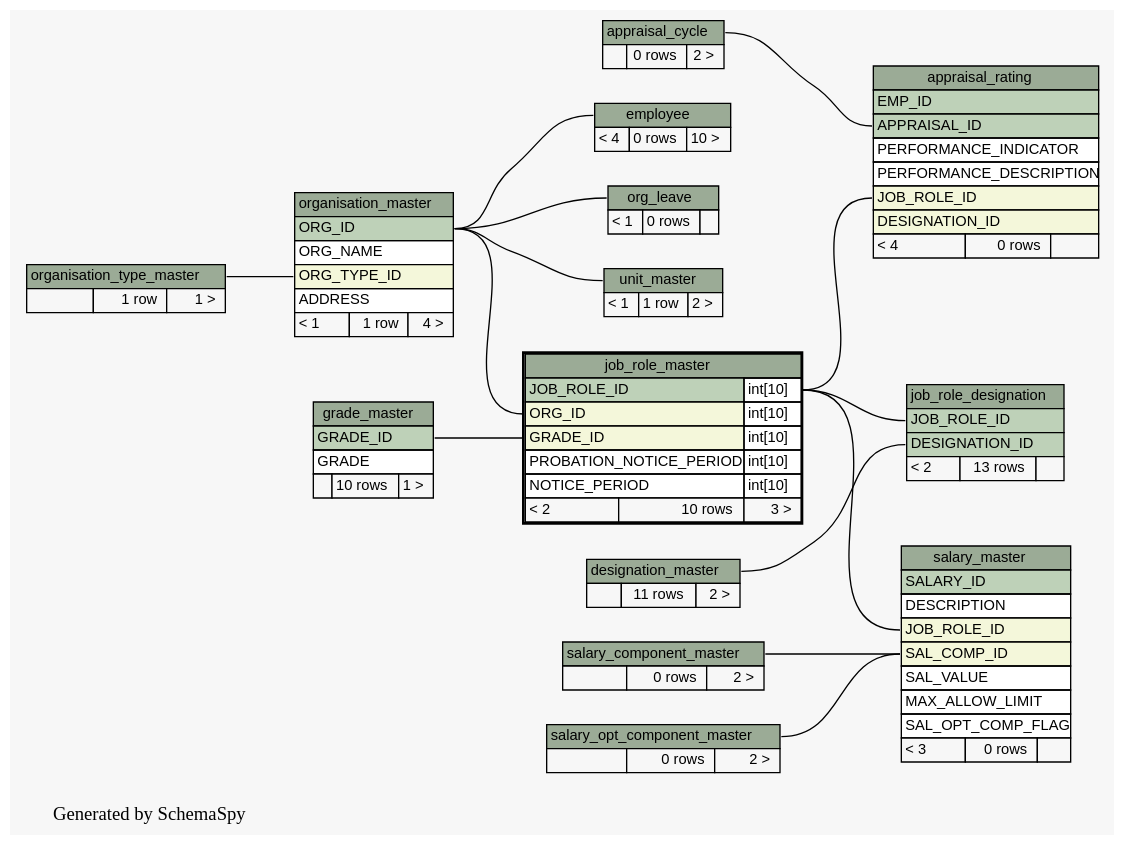
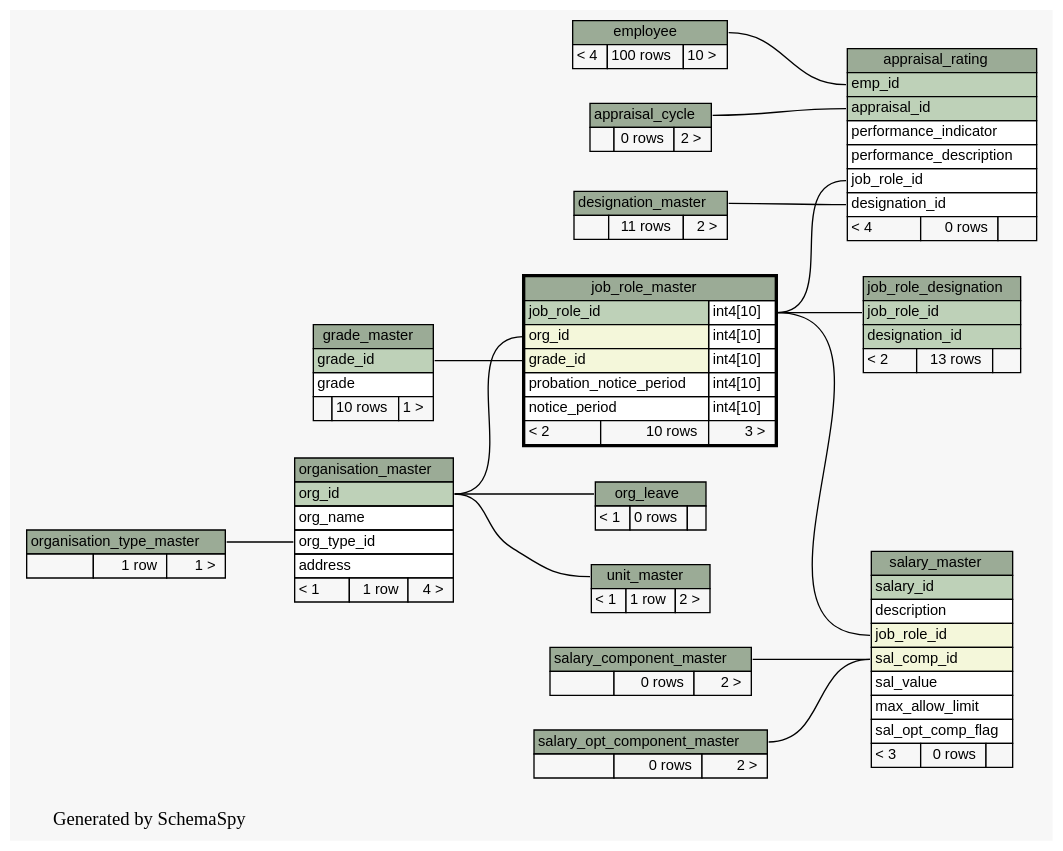
The diagram in docs/database/schemaspy/graphs/job_role_master.2degrees.dot (engineerscraft/hrms), drawn with Graphviz before and after one commit. The commit also changed 214 other files, not shown here.

```diff
--- a/docs/database/schemaspy/graphs/job_role_master.2degrees.dot
+++ b/docs/database/schemaspy/graphs/job_role_master.2degrees.dot
@@ -14,19 +14,19 @@
   edge [
     arrowsize="0.8"
   ];
-  "appraisal_rating":"APPRAISAL_ID":w -> "appraisal_cycle":"appraisal_cycle.heading":e [arrowtail=crowtee arrowhead=none];
-  "appraisal_rating":"JOB_ROLE_ID":w -> "job_role_master":"JOB_ROLE_ID.type":e [arrowtail=crowodot arrowhead=none];
-  "employee":"employee.heading":w -> "organisation_master":"ORG_ID":e [arrowtail=crowodot arrowhead=none];
-  "job_role_designation":"DESIGNATION_ID":w -> "designation_master":"designation_master.heading":e [arrowtail=crowtee arrowhead=none];
-  "job_role_designation":"JOB_ROLE_ID":w -> "job_role_master":"JOB_ROLE_ID.type":e [arrowtail=crowtee arrowhead=none];
-  "job_role_master":"GRADE_ID":w -> "grade_master":"GRADE_ID":e [arrowtail=crowtee arrowhead=none];
-  "job_role_master":"ORG_ID":w -> "organisation_master":"ORG_ID":e [arrowtail=crowtee arrowhead=none];
-  "org_leave":"org_leave.heading":w -> "organisation_master":"ORG_ID":e [arrowtail=crowodot arrowhead=none];
-  "organisation_master":"ORG_TYPE_ID":w -> "organisation_type_master":"organisation_type_master.heading":e [arrowtail=crowodot arrowhead=none];
-  "salary_master":"JOB_ROLE_ID":w -> "job_role_master":"JOB_ROLE_ID.type":e [arrowtail=crowtee arrowhead=none];
-  "salary_master":"SAL_COMP_ID":w -> "salary_component_master":"salary_component_master.heading":e [arrowtail=crowtee arrowhead=none];
-  "salary_master":"SAL_COMP_ID":w -> "salary_opt_component_master":"salary_opt_component_master.heading":e [arrowtail=crowtee arrowhead=none];
-  "unit_master":"unit_master.heading":w -> "organisation_master":"ORG_ID":e [arrowtail=crowodot arrowhead=none];
+  "appraisal_rating":"appraisal_id":w -> "appraisal_cycle":"appraisal_cycle.heading":e [arrowtail=crowtee arrowhead=none];
+  "appraisal_rating":"designation_id":w -> "designation_master":"designation_master.heading":e [arrowtail=crowodot arrowhead=none];
+  "appraisal_rating":"emp_id":w -> "employee":"employee.heading":e [arrowtail=crowtee arrowhead=none];
+  "appraisal_rating":"job_role_id":w -> "job_role_master":"job_role_id.type":e [arrowtail=crowodot arrowhead=none];
+  "job_role_designation":"job_role_id":w -> "job_role_master":"job_role_id.type":e [arrowtail=crowtee arrowhead=none];
+  "job_role_master":"grade_id":w -> "grade_master":"grade_id":e [arrowtail=crowtee arrowhead=none];
+  "job_role_master":"org_id":w -> "organisation_master":"org_id":e [arrowtail=crowtee arrowhead=none];
+  "org_leave":"org_leave.heading":w -> "organisation_master":"org_id":e [arrowtail=crowodot arrowhead=none];
+  "organisation_master":"org_type_id":w -> "organisation_type_master":"organisation_type_master.heading":e [arrowtail=crowodot arrowhead=none];
+  "salary_master":"job_role_id":w -> "job_role_master":"job_role_id.type":e [arrowtail=crowtee arrowhead=none];
+  "salary_master":"sal_comp_id":w -> "salary_component_master":"salary_component_master.heading":e [arrowtail=crowtee arrowhead=none];
+  "salary_master":"sal_comp_id":w -> "salary_opt_component_master":"salary_opt_component_master.heading":e [arrowtail=crowtee arrowhead=none];
+  "unit_master":"unit_master.heading":w -> "organisation_master":"org_id":e [arrowtail=crowodot arrowhead=none];
   "appraisal_cycle" [
     label=<
     <TABLE BORDER="0" CELLBORDER="1" CELLSPACING="0" BGCOLOR="#ffffff">
@@ -40,12 +40,12 @@
     label=<
     <TABLE BORDER="0" CELLBORDER="1" CELLSPACING="0" BGCOLOR="#ffffff">
       <TR><TD PORT="appraisal_rating.heading" COLSPAN="3" BGCOLOR="#9bab96" ALIGN="CENTER">appraisal_rating</TD></TR>
-      <TR><TD PORT="EMP_ID" COLSPAN="3" BGCOLOR="#bed1b8" ALIGN="LEFT">EMP_ID</TD></TR>
-      <TR><TD PORT="APPRAISAL_ID" COLSPAN="3" BGCOLOR="#bed1b8" ALIGN="LEFT">APPRAISAL_ID</TD></TR>
-      <TR><TD PORT="PERFORMANCE_INDICATOR" COLSPAN="3" ALIGN="LEFT">PERFORMANCE_INDICATOR</TD></TR>
-      <TR><TD PORT="PERFORMANCE_DESCRIPTION" COLSPAN="3" ALIGN="LEFT">PERFORMANCE_DESCRIPTION</TD></TR>
-      <TR><TD PORT="JOB_ROLE_ID" COLSPAN="3" BGCOLOR="#f4f7da" ALIGN="LEFT">JOB_ROLE_ID</TD></TR>
-      <TR><TD PORT="DESIGNATION_ID" COLSPAN="3" BGCOLOR="#f4f7da" ALIGN="LEFT">DESIGNATION_ID</TD></TR>
+      <TR><TD PORT="emp_id" COLSPAN="3" BGCOLOR="#bed1b8" ALIGN="LEFT">emp_id</TD></TR>
+      <TR><TD PORT="appraisal_id" COLSPAN="3" BGCOLOR="#bed1b8" ALIGN="LEFT">appraisal_id</TD></TR>
+      <TR><TD PORT="performance_indicator" COLSPAN="3" ALIGN="LEFT">performance_indicator</TD></TR>
+      <TR><TD PORT="performance_description" COLSPAN="3" ALIGN="LEFT">performance_description</TD></TR>
+      <TR><TD PORT="job_role_id" COLSPAN="3" ALIGN="LEFT">job_role_id</TD></TR>
+      <TR><TD PORT="designation_id" COLSPAN="3" ALIGN="LEFT">designation_id</TD></TR>
       <TR><TD ALIGN="LEFT" BGCOLOR="#f7f7f7">&lt; 4</TD><TD ALIGN="RIGHT" BGCOLOR="#f7f7f7">0 rows</TD><TD ALIGN="RIGHT" BGCOLOR="#f7f7f7">  </TD></TR>
     </TABLE>>
     URL="appraisal_rating.html#graph"
@@ -64,7 +64,7 @@
     label=<
     <TABLE BORDER="0" CELLBORDER="1" CELLSPACING="0" BGCOLOR="#ffffff">
       <TR><TD PORT="employee.heading" COLSPAN="3" BGCOLOR="#9bab96" ALIGN="CENTER">employee</TD></TR>
-      <TR><TD ALIGN="LEFT" BGCOLOR="#f7f7f7">&lt; 4</TD><TD ALIGN="RIGHT" BGCOLOR="#f7f7f7">0 rows</TD><TD ALIGN="RIGHT" BGCOLOR="#f7f7f7">10 &gt;</TD></TR>
+      <TR><TD ALIGN="LEFT" BGCOLOR="#f7f7f7">&lt; 4</TD><TD ALIGN="RIGHT" BGCOLOR="#f7f7f7">100 rows</TD><TD ALIGN="RIGHT" BGCOLOR="#f7f7f7">10 &gt;</TD></TR>
     </TABLE>>
     URL="employee.html#graph"
     tooltip="employee"
@@ -73,8 +73,8 @@
     label=<
     <TABLE BORDER="0" CELLBORDER="1" CELLSPACING="0" BGCOLOR="#ffffff">
       <TR><TD PORT="grade_master.heading" COLSPAN="3" BGCOLOR="#9bab96" ALIGN="CENTER">grade_master</TD></TR>
-      <TR><TD PORT="GRADE_ID" COLSPAN="3" BGCOLOR="#bed1b8" ALIGN="LEFT">GRADE_ID</TD></TR>
-      <TR><TD PORT="GRADE" COLSPAN="3" ALIGN="LEFT">GRADE</TD></TR>
+      <TR><TD PORT="grade_id" COLSPAN="3" BGCOLOR="#bed1b8" ALIGN="LEFT">grade_id</TD></TR>
+      <TR><TD PORT="grade" COLSPAN="3" ALIGN="LEFT">grade</TD></TR>
       <TR><TD ALIGN="LEFT" BGCOLOR="#f7f7f7">  </TD><TD ALIGN="RIGHT" BGCOLOR="#f7f7f7">10 rows</TD><TD ALIGN="RIGHT" BGCOLOR="#f7f7f7">1 &gt;</TD></TR>
     </TABLE>>
     URL="grade_master.html#graph"
@@ -84,8 +84,8 @@
     label=<
     <TABLE BORDER="0" CELLBORDER="1" CELLSPACING="0" BGCOLOR="#ffffff">
       <TR><TD PORT="job_role_designation.heading" COLSPAN="3" BGCOLOR="#9bab96" ALIGN="CENTER">job_role_designation</TD></TR>
-      <TR><TD PORT="JOB_ROLE_ID" COLSPAN="3" BGCOLOR="#bed1b8" ALIGN="LEFT">JOB_ROLE_ID</TD></TR>
-      <TR><TD PORT="DESIGNATION_ID" COLSPAN="3" BGCOLOR="#bed1b8" ALIGN="LEFT">DESIGNATION_ID</TD></TR>
+      <TR><TD PORT="job_role_id" COLSPAN="3" BGCOLOR="#bed1b8" ALIGN="LEFT">job_role_id</TD></TR>
+      <TR><TD PORT="designation_id" COLSPAN="3" BGCOLOR="#bed1b8" ALIGN="LEFT">designation_id</TD></TR>
       <TR><TD ALIGN="LEFT" BGCOLOR="#f7f7f7">&lt; 2</TD><TD ALIGN="RIGHT" BGCOLOR="#f7f7f7">13 rows</TD><TD ALIGN="RIGHT" BGCOLOR="#f7f7f7">  </TD></TR>
     </TABLE>>
     URL="job_role_designation.html#graph"
@@ -95,11 +95,11 @@
     label=<
     <TABLE BORDER="2" CELLBORDER="1" CELLSPACING="0" BGCOLOR="#ffffff">
       <TR><TD PORT="job_role_master.heading" COLSPAN="3" BGCOLOR="#9bab96" ALIGN="CENTER">job_role_master</TD></TR>
-      <TR><TD PORT="JOB_ROLE_ID" COLSPAN="2" BGCOLOR="#bed1b8" ALIGN="LEFT">JOB_ROLE_ID</TD><TD PORT="JOB_ROLE_ID.type" ALIGN="LEFT">int[10]</TD></TR>
-      <TR><TD PORT="ORG_ID" COLSPAN="2" BGCOLOR="#f4f7da" ALIGN="LEFT">ORG_ID</TD><TD PORT="ORG_ID.type" ALIGN="LEFT">int[10]</TD></TR>
-      <TR><TD PORT="GRADE_ID" COLSPAN="2" BGCOLOR="#f4f7da" ALIGN="LEFT">GRADE_ID</TD><TD PORT="GRADE_ID.type" ALIGN="LEFT">int[10]</TD></TR>
-      <TR><TD PORT="PROBATION_NOTICE_PERIOD" COLSPAN="2" ALIGN="LEFT">PROBATION_NOTICE_PERIOD</TD><TD PORT="PROBATION_NOTICE_PERIOD.type" ALIGN="LEFT">int[10]</TD></TR>
-      <TR><TD PORT="NOTICE_PERIOD" COLSPAN="2" ALIGN="LEFT">NOTICE_PERIOD</TD><TD PORT="NOTICE_PERIOD.type" ALIGN="LEFT">int[10]</TD></TR>
+      <TR><TD PORT="job_role_id" COLSPAN="2" BGCOLOR="#bed1b8" ALIGN="LEFT">job_role_id</TD><TD PORT="job_role_id.type" ALIGN="LEFT">int4[10]</TD></TR>
+      <TR><TD PORT="org_id" COLSPAN="2" BGCOLOR="#f4f7da" ALIGN="LEFT">org_id</TD><TD PORT="org_id.type" ALIGN="LEFT">int4[10]</TD></TR>
+      <TR><TD PORT="grade_id" COLSPAN="2" BGCOLOR="#f4f7da" ALIGN="LEFT">grade_id</TD><TD PORT="grade_id.type" ALIGN="LEFT">int4[10]</TD></TR>
+      <TR><TD PORT="probation_notice_period" COLSPAN="2" ALIGN="LEFT">probation_notice_period</TD><TD PORT="probation_notice_period.type" ALIGN="LEFT">int4[10]</TD></TR>
+      <TR><TD PORT="notice_period" COLSPAN="2" ALIGN="LEFT">notice_period</TD><TD PORT="notice_period.type" ALIGN="LEFT">int4[10]</TD></TR>
       <TR><TD ALIGN="LEFT" BGCOLOR="#f7f7f7">&lt; 2</TD><TD ALIGN="RIGHT" BGCOLOR="#f7f7f7">10 rows</TD><TD ALIGN="RIGHT" BGCOLOR="#f7f7f7">3 &gt;</TD></TR>
     </TABLE>>
     URL="job_role_master.html#"
@@ -118,10 +118,10 @@
     label=<
     <TABLE BORDER="0" CELLBORDER="1" CELLSPACING="0" BGCOLOR="#ffffff">
       <TR><TD PORT="organisation_master.heading" COLSPAN="3" BGCOLOR="#9bab96" ALIGN="CENTER">organisation_master</TD></TR>
-      <TR><TD PORT="ORG_ID" COLSPAN="3" BGCOLOR="#bed1b8" ALIGN="LEFT">ORG_ID</TD></TR>
-      <TR><TD PORT="ORG_NAME" COLSPAN="3" ALIGN="LEFT">ORG_NAME</TD></TR>
-      <TR><TD PORT="ORG_TYPE_ID" COLSPAN="3" BGCOLOR="#f4f7da" ALIGN="LEFT">ORG_TYPE_ID</TD></TR>
-      <TR><TD PORT="ADDRESS" COLSPAN="3" ALIGN="LEFT">ADDRESS</TD></TR>
+      <TR><TD PORT="org_id" COLSPAN="3" BGCOLOR="#bed1b8" ALIGN="LEFT">org_id</TD></TR>
+      <TR><TD PORT="org_name" COLSPAN="3" ALIGN="LEFT">org_name</TD></TR>
+      <TR><TD PORT="org_type_id" COLSPAN="3" ALIGN="LEFT">org_type_id</TD></TR>
+      <TR><TD PORT="address" COLSPAN="3" ALIGN="LEFT">address</TD></TR>
       <TR><TD ALIGN="LEFT" BGCOLOR="#f7f7f7">&lt; 1</TD><TD ALIGN="RIGHT" BGCOLOR="#f7f7f7">1 row</TD><TD ALIGN="RIGHT" BGCOLOR="#f7f7f7">4 &gt;</TD></TR>
     </TABLE>>
     URL="organisation_master.html#graph"
@@ -149,13 +149,13 @@
     label=<
     <TABLE BORDER="0" CELLBORDER="1" CELLSPACING="0" BGCOLOR="#ffffff">
       <TR><TD PORT="salary_master.heading" COLSPAN="3" BGCOLOR="#9bab96" ALIGN="CENTER">salary_master</TD></TR>
-      <TR><TD PORT="SALARY_ID" COLSPAN="3" BGCOLOR="#bed1b8" ALIGN="LEFT">SALARY_ID</TD></TR>
-      <TR><TD PORT="DESCRIPTION" COLSPAN="3" ALIGN="LEFT">DESCRIPTION</TD></TR>
-      <TR><TD PORT="JOB_ROLE_ID" COLSPAN="3" BGCOLOR="#f4f7da" ALIGN="LEFT">JOB_ROLE_ID</TD></TR>
-      <TR><TD PORT="SAL_COMP_ID" COLSPAN="3" BGCOLOR="#f4f7da" ALIGN="LEFT">SAL_COMP_ID</TD></TR>
-      <TR><TD PORT="SAL_VALUE" COLSPAN="3" ALIGN="LEFT">SAL_VALUE</TD></TR>
-      <TR><TD PORT="MAX_ALLOW_LIMIT" COLSPAN="3" ALIGN="LEFT">MAX_ALLOW_LIMIT</TD></TR>
-      <TR><TD PORT="SAL_OPT_COMP_FLAG" COLSPAN="3" ALIGN="LEFT">SAL_OPT_COMP_FLAG</TD></TR>
+      <TR><TD PORT="salary_id" COLSPAN="3" BGCOLOR="#bed1b8" ALIGN="LEFT">salary_id</TD></TR>
+      <TR><TD PORT="description" COLSPAN="3" ALIGN="LEFT">description</TD></TR>
+      <TR><TD PORT="job_role_id" COLSPAN="3" BGCOLOR="#f4f7da" ALIGN="LEFT">job_role_id</TD></TR>
+      <TR><TD PORT="sal_comp_id" COLSPAN="3" BGCOLOR="#f4f7da" ALIGN="LEFT">sal_comp_id</TD></TR>
+      <TR><TD PORT="sal_value" COLSPAN="3" ALIGN="LEFT">sal_value</TD></TR>
+      <TR><TD PORT="max_allow_limit" COLSPAN="3" ALIGN="LEFT">max_allow_limit</TD></TR>
+      <TR><TD PORT="sal_opt_comp_flag" COLSPAN="3" ALIGN="LEFT">sal_opt_comp_flag</TD></TR>
       <TR><TD ALIGN="LEFT" BGCOLOR="#f7f7f7">&lt; 3</TD><TD ALIGN="RIGHT" BGCOLOR="#f7f7f7">0 rows</TD><TD ALIGN="RIGHT" BGCOLOR="#f7f7f7">  </TD></TR>
     </TABLE>>
     URL="salary_master.html#graph"
```
